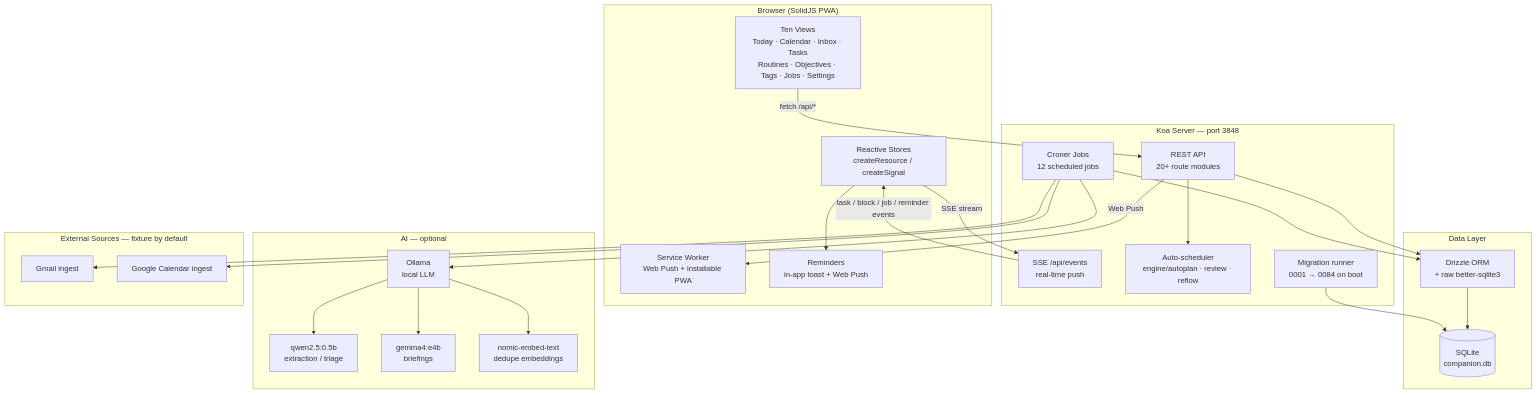
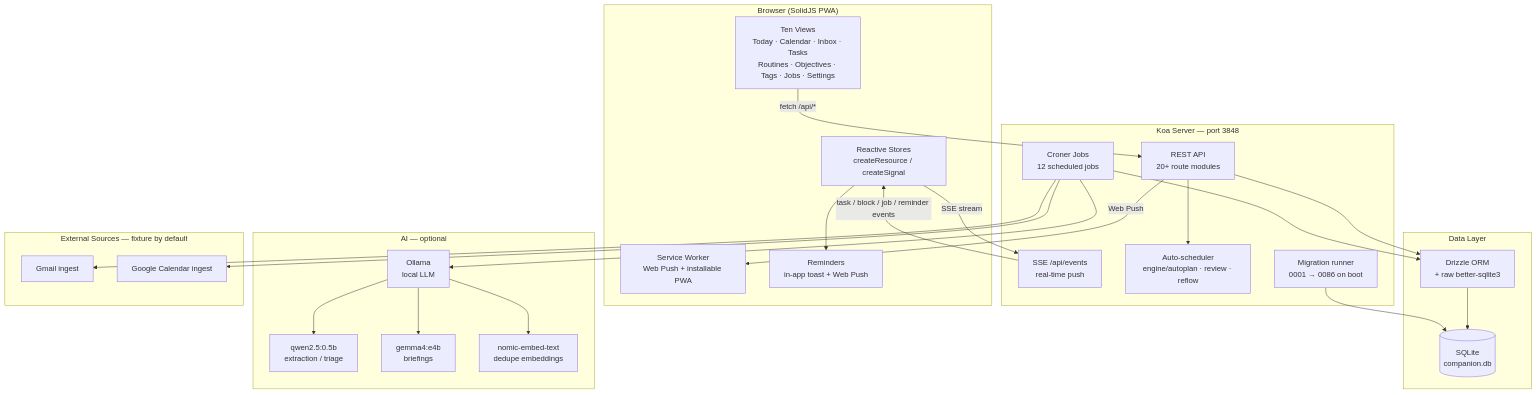
One commit to companionintelligence/CI-Planning changed the diagram in README.md. Above: the diagram before and after it, drawn with Mermaid. The commit also changed other lines of this file and 6 other files, not shown here.

````diff
--- a/README.md
+++ b/README.md
@@ -30,51 +30,51 @@
 ```mermaid
 graph TB
     subgraph Browser["Browser (SolidJS PWA)"]
         UI[Ten Views<br/>Today · Calendar · Inbox · Tasks<br/>Routines · Objectives · Tags · Jobs · Settings]
         Store[Reactive Stores<br/>createResource / createSignal]
         SW[Service Worker<br/>Web Push + installable PWA]
         BN[Reminders<br/>in-app toast + Web Push]
     end
 
     subgraph Server["Koa Server — port 3848"]
         API[REST API<br/>20+ route modules]
         SSE[SSE /api/events<br/>real-time push]
         Engine[Auto-scheduler<br/>engine/autoplan · review · reflow]
         Cron[Croner Jobs<br/>12 scheduled jobs]
-        Migrate[Migration runner<br/>0001 → 0084 on boot]
+        Migrate[Migration runner<br/>0001 → 0086 on boot]
     end
 
     subgraph Data["Data Layer"]
         DB[(SQLite<br/>companion.db)]
         Drizzle[Drizzle ORM<br/>+ raw better-sqlite3]
     end
 
     subgraph AI["AI — optional"]
         Ollama[Ollama<br/>local LLM]
         Small["qwen2.5:0.5b<br/>extraction / triage"]
         Medium["gemma4:e4b<br/>briefings"]
         Embed["nomic-embed-text<br/>dedupe embeddings"]
     end
 
     subgraph Sources["External Sources — fixture by default"]
         Gmail[Gmail ingest]
         GCal[Google Calendar ingest]
     end
 
     UI -->|"fetch /api/*"| API
     Store -->|SSE stream| SSE
     API --> Engine
     API --> Drizzle
     Cron --> Drizzle
     Cron --> Ollama
     Cron --> Gmail
     Cron --> GCal
     Drizzle --> DB
     Migrate --> DB
     Ollama --> Small
     Ollama --> Medium
     Ollama --> Embed
     SSE -->|task / block / job / reminder events| Store
     Store --> BN
     API -->|Web Push| SW
 ```
````
